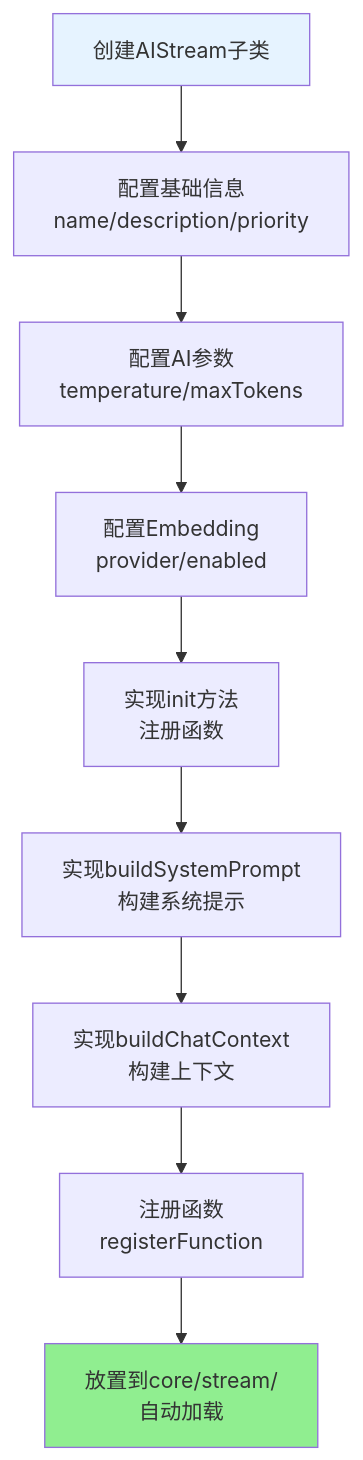
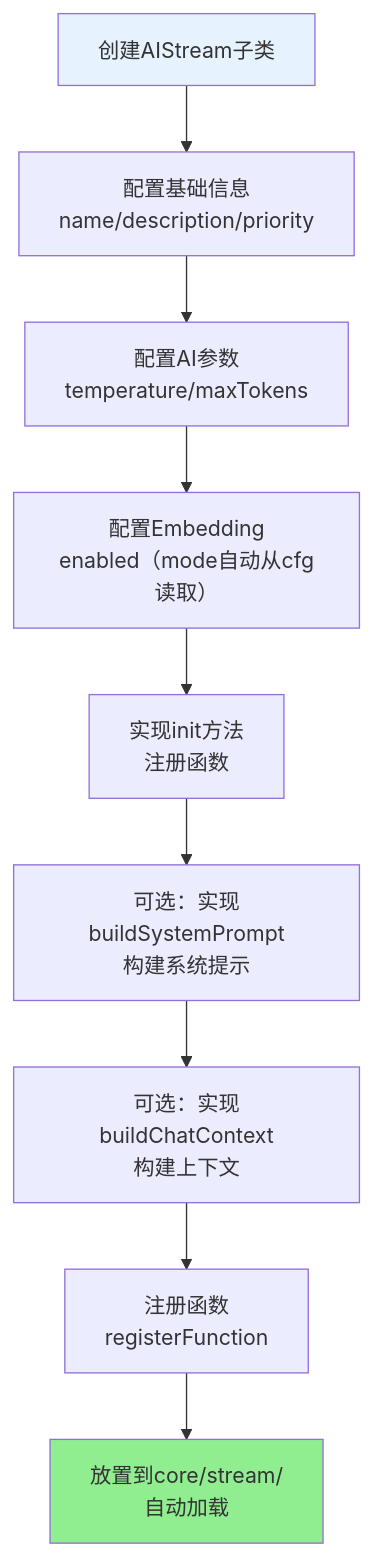
The third of 9 diagrams in docs/框架可扩展性指南.md (sunflowermm/XRK-AGT), drawn with Mermaid before and after one commit. The commit also changed other lines of this file and 13 other files, not shown here.

````diff
--- a/docs/框架可扩展性指南.md
+++ b/docs/框架可扩展性指南.md
@@ -146,14 +146,14 @@
 ```mermaid
 flowchart TB
     A["创建AIStream子类"] --> B["配置基础信息<br/>name/description/priority"]
     B --> C["配置AI参数<br/>temperature/maxTokens"]
-    C --> D["配置Embedding<br/>provider/enabled"]
+    C --> D["配置Embedding<br/>enabled（mode自动从cfg读取）"]
     D --> E["实现init方法<br/>注册函数"]
-    E --> F["实现buildSystemPrompt<br/>构建系统提示"]
-    F --> G["实现buildChatContext<br/>构建上下文"]
+    E --> F["可选：实现buildSystemPrompt<br/>构建系统提示"]
+    F --> G["可选：实现buildChatContext<br/>构建上下文"]
     G --> H["注册函数<br/>registerFunction"]
     H --> I["放置到core/stream/<br/>自动加载"]
     
     style A fill:#E6F3FF
     style I fill:#90EE90
 ```
````
